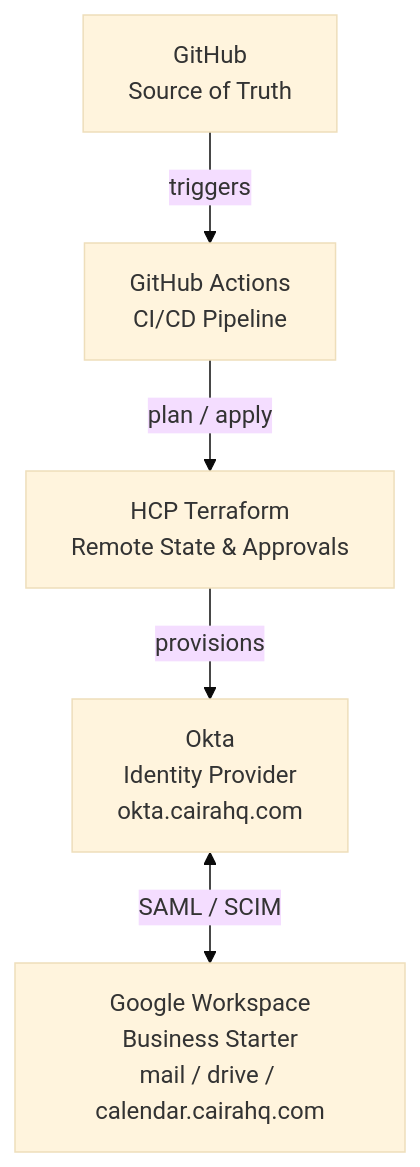
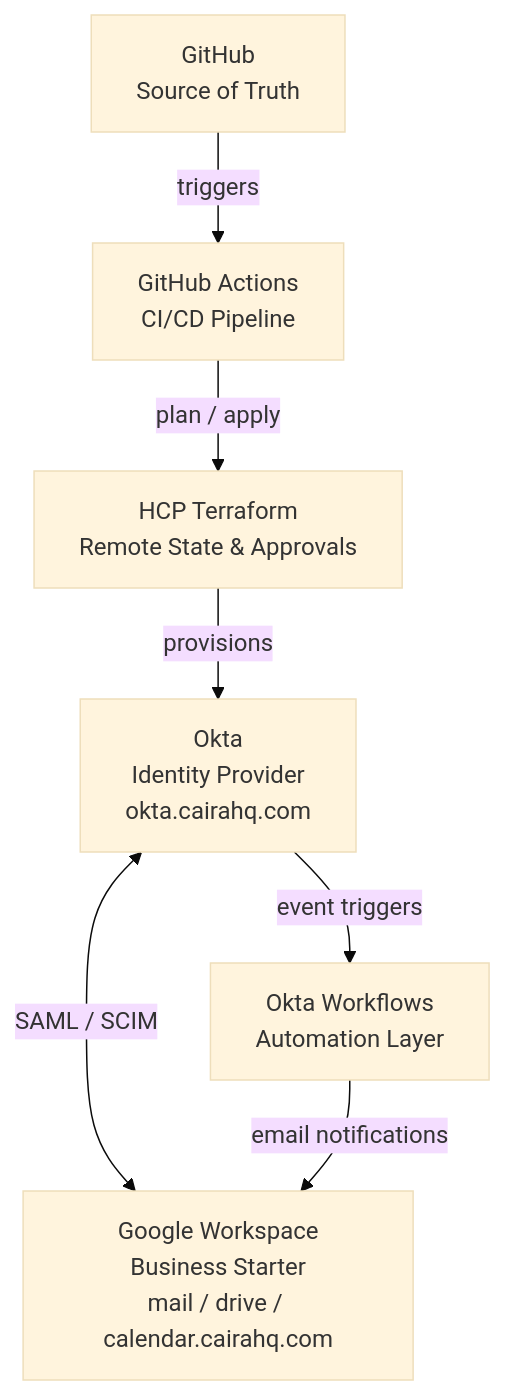
One commit to neilchvz/cairahq-platform changed the diagram in README.md. Above: the diagram before and after it, drawn with Mermaid (base theme). The commit also changed other lines of this file, not shown here.

````diff
--- a/README.md
+++ b/README.md
@@ -19,8 +19,10 @@
 ```mermaid
 graph TD
     GH["GitHub\nSource of Truth"]
     GH -->|triggers| GHA["GitHub Actions\nCI/CD Pipeline"]
     GHA -->|"plan / apply"| HCP["HCP Terraform\nRemote State & Approvals"]
     HCP -->|provisions| Okta["Okta\nIdentity Provider\nokta.cairahq.com"]
     Okta <-->|"SAML / SCIM"| GW["Google Workspace\nBusiness Starter\nmail / drive / calendar.cairahq.com"]
+    Okta -->|"event triggers"| OW["Okta Workflows\nAutomation Layer"]
+    OW -->|"email notifications"| GW
 ```
````
